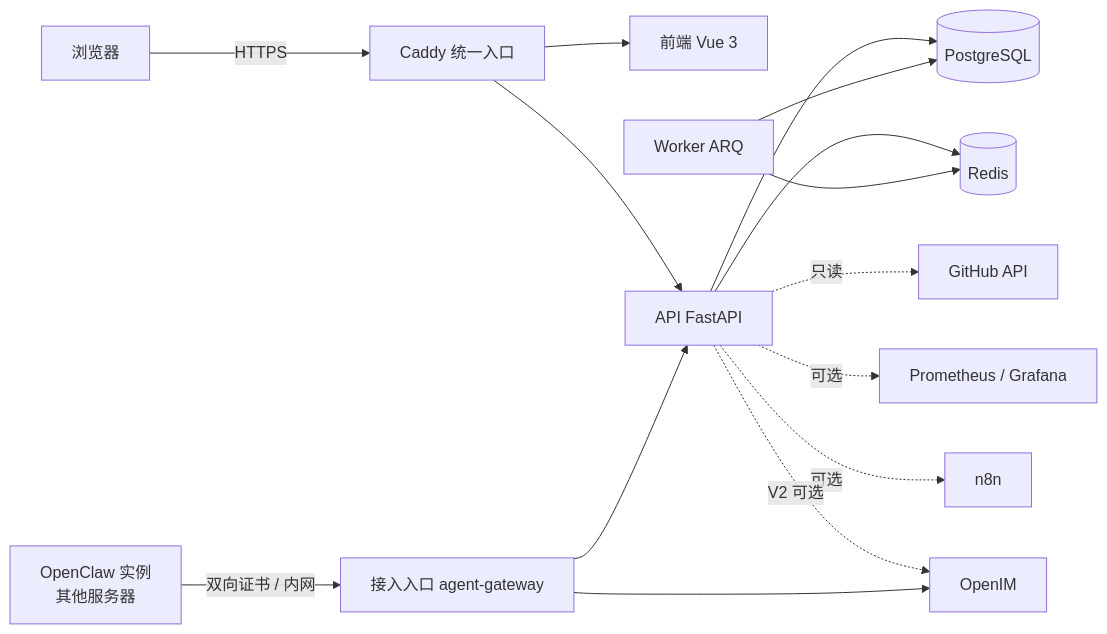
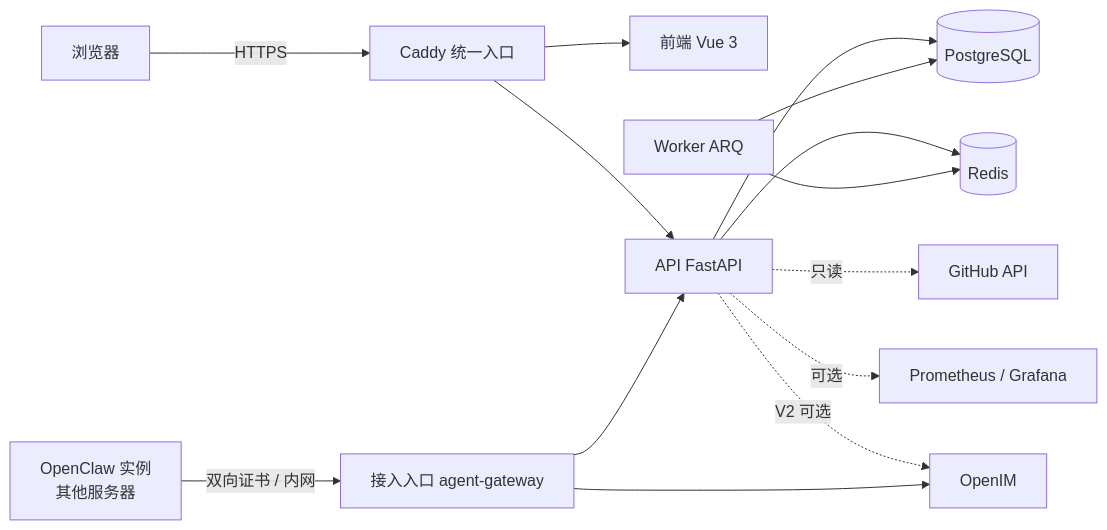
Before and after one commit to brianabc121/WorkspaceCore: the diagram in README.md, drawn with Mermaid. The commit also changed other lines of this file and 118 other files, not shown here.

````diff
--- a/README.md
+++ b/README.md
@@ -39,17 +38,16 @@
 ```mermaid
 flowchart LR
     B[浏览器] -->|HTTPS| C[Caddy 统一入口]
     C --> W[前端 Vue 3]
     C --> A[API FastAPI]
     A --> P[(PostgreSQL)]
     A --> R[(Redis)]
     K[Worker ARQ] --> P
     K --> R
     A -. 只读 .-> G[GitHub API]
     A -. 可选 .-> M[Prometheus / Grafana]
-    A -. 可选 .-> N[n8n]
     A -. V2 可选 .-> O[OpenIM]
     X[OpenClaw 实例<br/>其他服务器] -->|双向证书 / 内网| Y[接入入口 agent-gateway]
     Y --> A
     Y --> O
 ```
````
